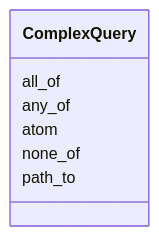
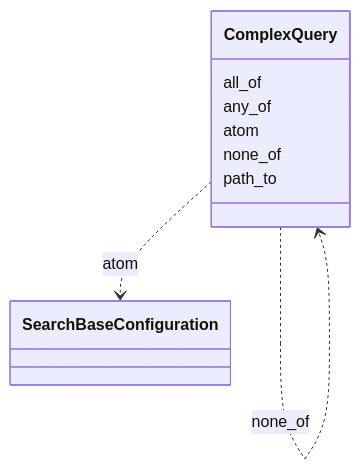
Before and after one commit to INCATools/ontology-access-kit: the diagram in search/ComplexQuery.md, drawn with Mermaid. The commit also changed other lines of this file and 1783 other files, not shown here.

````diff
--- a/search/ComplexQuery.md
+++ b/search/ComplexQuery.md
@@ -9,10 +9,23 @@
 ```{mermaid}
  classDiagram
     class ComplexQuery
       ComplexQuery : all_of
+        
+          ComplexQuery ..> ComplexQuery : all_of
+        
       ComplexQuery : any_of
+        
+          ComplexQuery ..> ComplexQuery : any_of
+        
       ComplexQuery : atom
+        
+          ComplexQuery ..> SearchBaseConfiguration : atom
+        
       ComplexQuery : none_of
+        
+          ComplexQuery ..> ComplexQuery : none_of
+        
       ComplexQuery : path_to
+        
       
 ```
````
